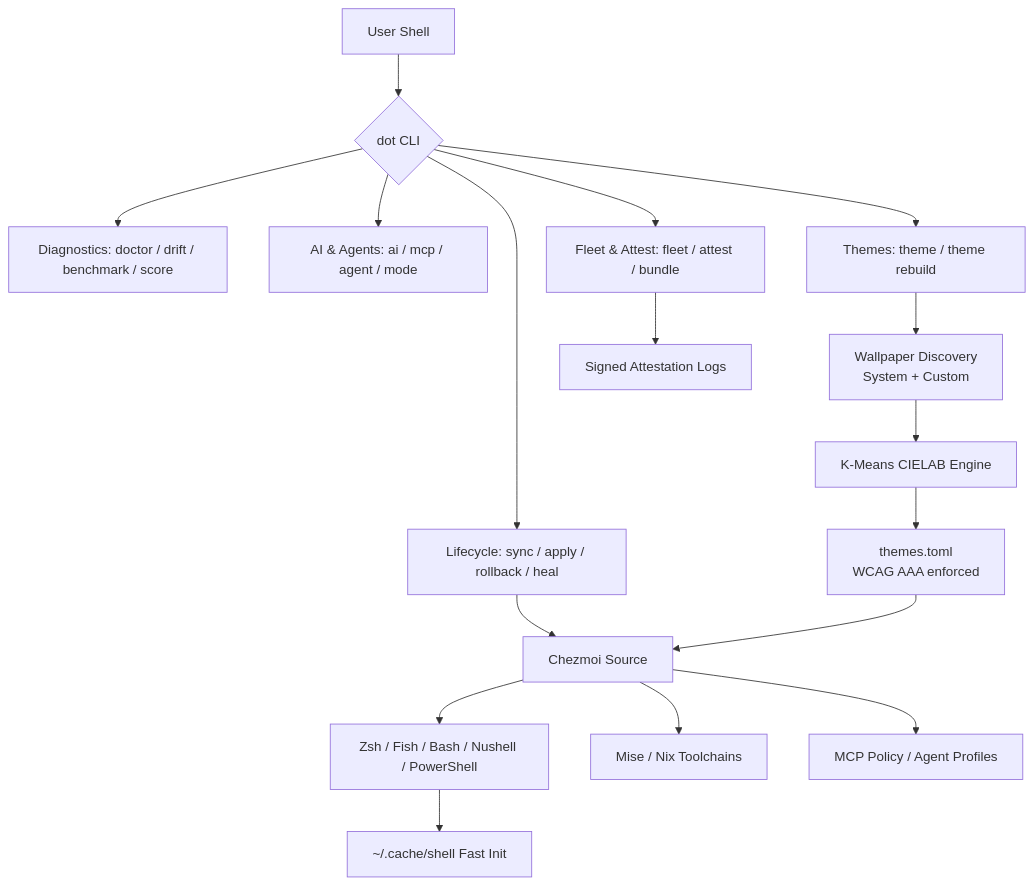
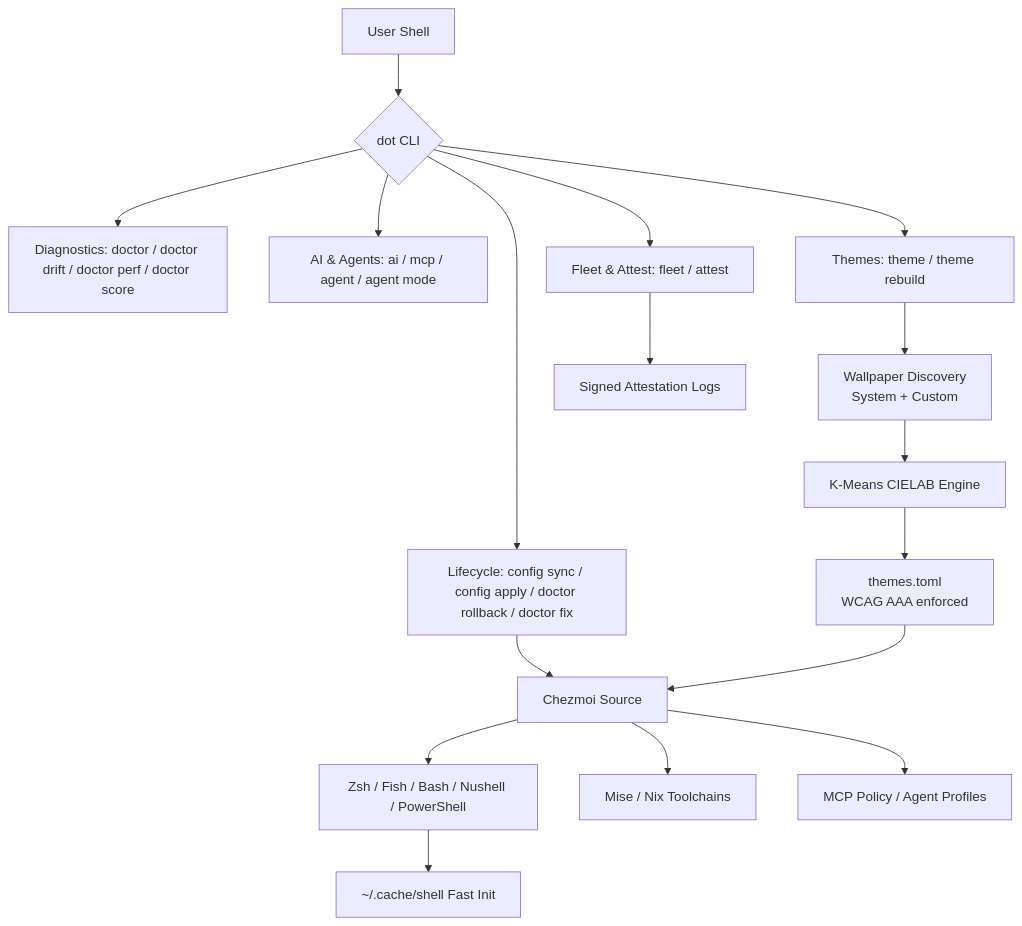
The diagram in README.md (sebastienrousseau/dotfiles), drawn with Mermaid before and after one commit. The commit also changed other lines of this file and 236 other files, not shown here.

````diff
--- a/README.md
+++ b/README.md
@@ -825,22 +835,22 @@
 ```mermaid
 graph TD
     A[User Shell] --> B{dot CLI}
-    B --> C[Lifecycle: sync / apply / rollback / heal]
-    B --> D[Diagnostics: doctor / drift / benchmark / score]
-    B --> E[AI & Agents: ai / mcp / agent / mode]
+    B --> C[Lifecycle: config sync / config apply / doctor rollback / doctor fix]
+    B --> D[Diagnostics: doctor / doctor drift / doctor perf / doctor score]
+    B --> E[AI & Agents: ai / mcp / agent / agent mode]
     B --> F[Themes: theme / theme rebuild]
-    B --> G[Fleet & Attest: fleet / attest / bundle]
+    B --> G[Fleet & Attest: fleet / attest]
 
     C --> H[Chezmoi Source]
     F --> I[Wallpaper Discovery<br/>System + Custom]
     I --> J[K-Means CIELAB Engine]
     J --> K[themes.toml<br/>WCAG AAA enforced]
     K --> H
 
     H --> L[Zsh / Fish / Bash / Nushell / PowerShell]
     H --> M[Mise / Nix Toolchains]
     H --> N[MCP Policy / Agent Profiles]
     L --> O[~/.cache/shell Fast Init]
 
     G --> P[Signed Attestation Logs]
 ```
````
